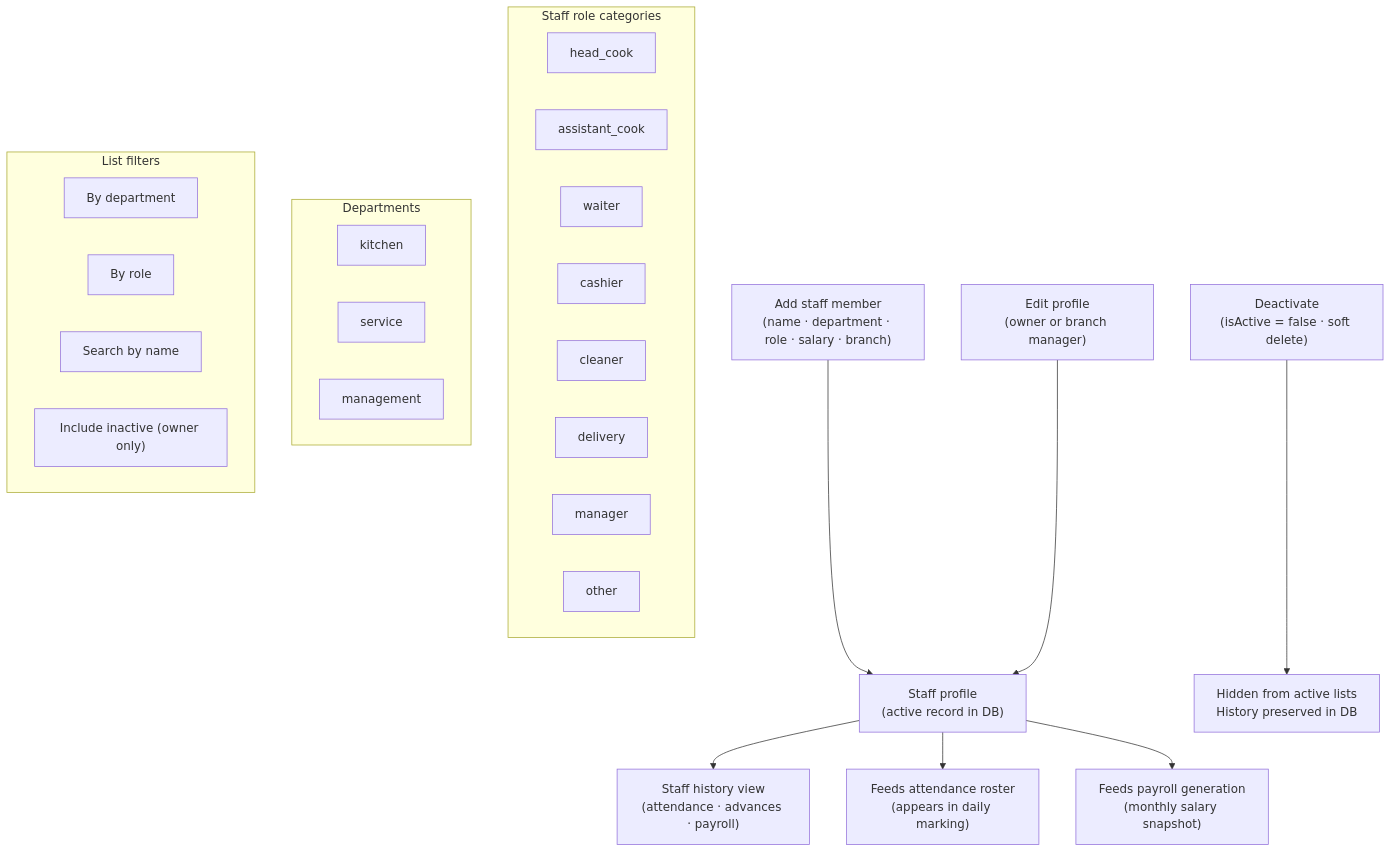
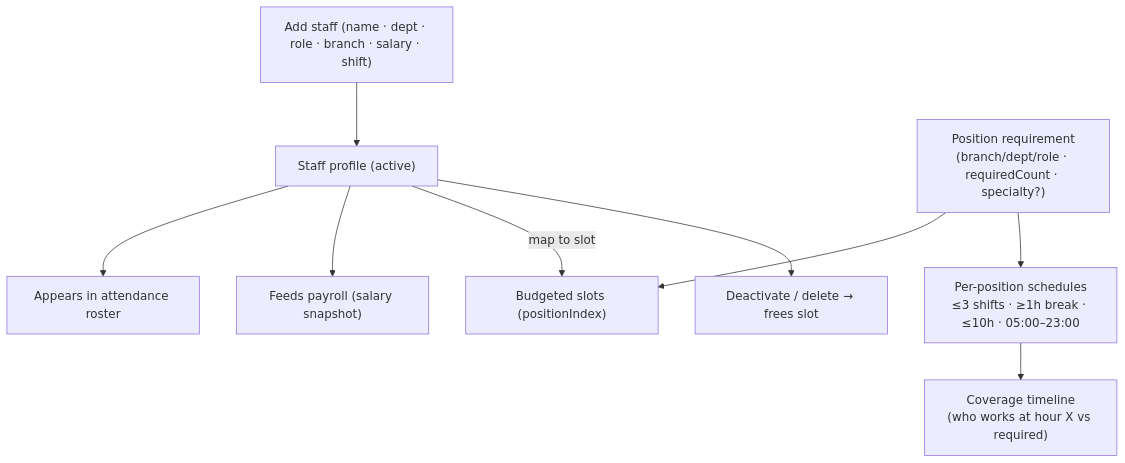
The fourth of 14 diagrams in Documentations/MODULE-MAPS.md (AbhishekS-381/Sree-Vaishnaves-Management), drawn with Mermaid before and after one commit. The commit also changed other lines of this file and 33 other files, not shown here.

````diff
--- a/Documentations/MODULE-MAPS.md
+++ b/Documentations/MODULE-MAPS.md
@@ -188,40 +117,17 @@
 ```mermaid
 flowchart TD
-  ADD["Add staff member\n(name · department · role · salary · branch)"]
-  PROFILE["Staff profile\n(active record in DB)"]
-  EDIT["Edit profile\n(owner or branch manager)"]
-  DEACTIVATE["Deactivate\n(isActive = false · soft delete)"]
-  HISTORY["Staff history view\n(attendance · advances · payroll)"]
+  ADD["Add staff (name · dept · role · branch · salary · shift)"]
+  PROFILE["Staff profile (active)"]
+  ADD --> PROFILE
+  PROFILE --> ATT_FEED["Appears in attendance roster"]
+  PROFILE --> PAY_FEED["Feeds payroll (salary snapshot)"]
 
-  ADD --> PROFILE
-  EDIT --> PROFILE
-  PROFILE --> HISTORY
+  REQ["Position requirement\n(branch/dept/role · requiredCount · specialty?)"]
+  REQ --> SLOT["Budgeted slots (positionIndex)"]
+  PROFILE -->|map to slot| SLOT
+  REQ --> SCHED["Per-position schedules\n≤3 shifts · ≥1h break · ≤10h · 05:00–23:00"]
+  SCHED --> TIMELINE["Coverage timeline\n(who works at hour X vs required)"]
 
-  PROFILE --> ATT_FEED["Feeds attendance roster\n(appears in daily marking)"]
-  PROFILE --> PAY_FEED["Feeds payroll generation\n(monthly salary snapshot)"]
-  DEACTIVATE --> HIDDEN["Hidden from active lists\nHistory preserved in DB"]
-
-  subgraph ROLES["Staff role categories"]
-    R1["head_cook"]
-    R2["assistant_cook"]
-    R3["waiter"]
-    R4["cashier"]
-    R5["cleaner"]
-    R6["delivery"]
-    R7["manager"]
-    R8["other"]
-  end
-
-  subgraph DEPARTMENTS["Departments"]
-    SH1["kitchen"]
-    SH2["service"]
-    SH3["management"]
-  end
-
-  subgraph FILTERS["List filters"]
-    F1["By department"]
-    F2["By role"]
-    F3["Search by name"]
-    F4["Include inactive (owner only)"]
-  end
+  DEACT["Deactivate / delete → frees slot"]
+  PROFILE --> DEACT
 ```
````
